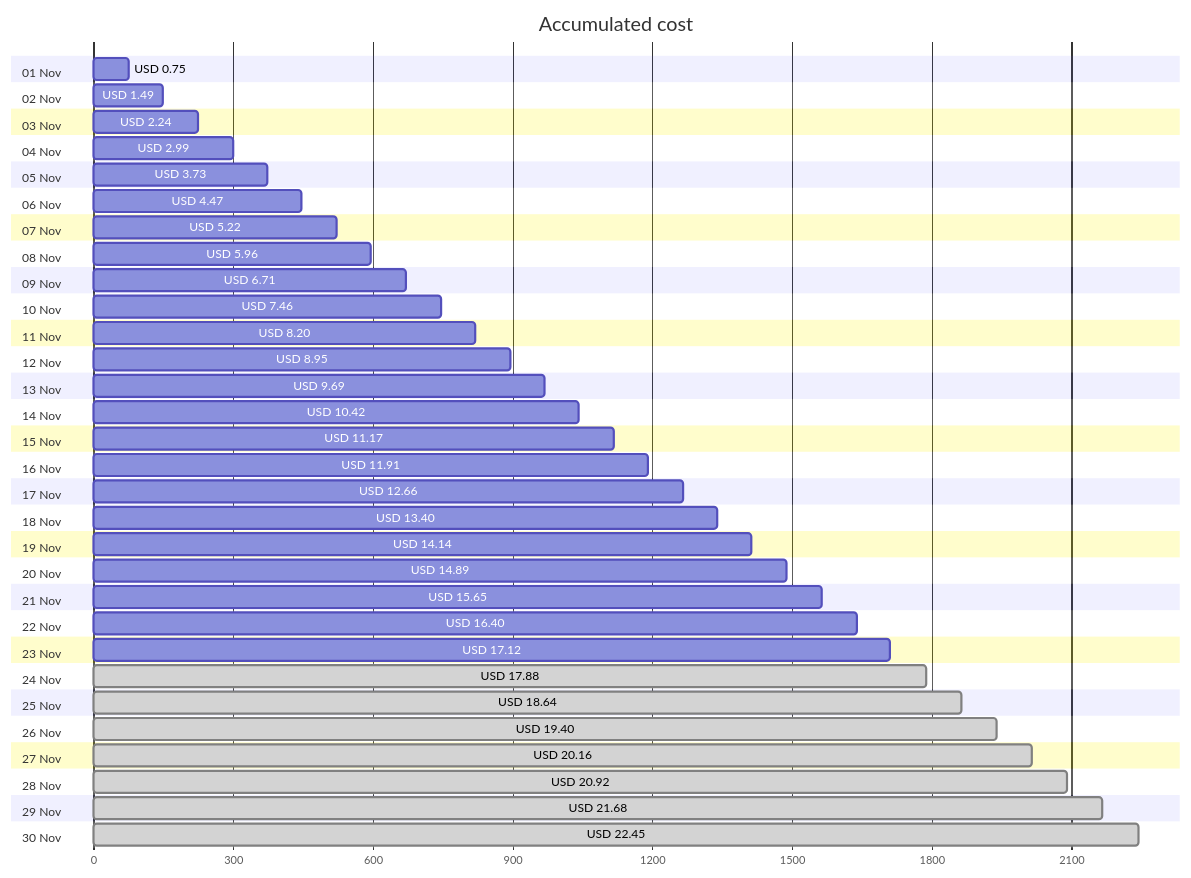
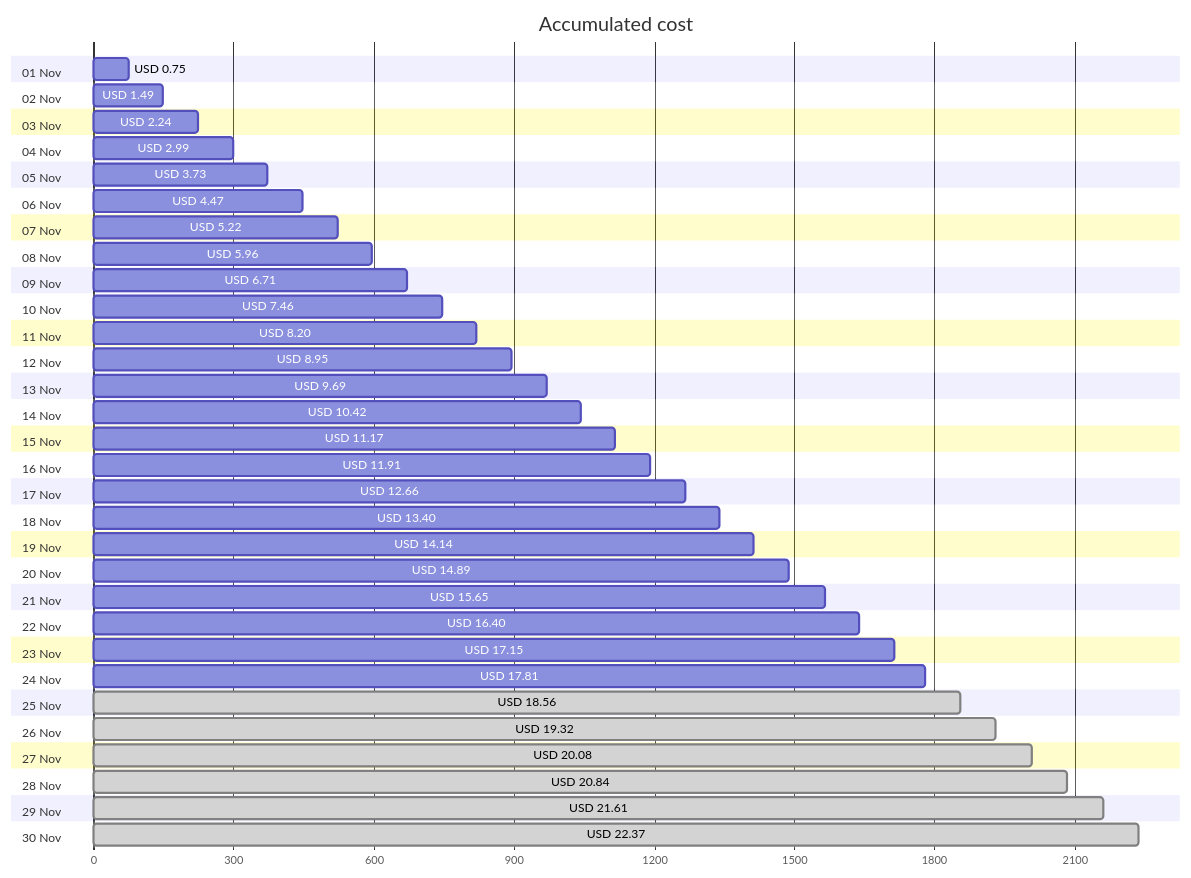
The first of 4 diagrams in cost-reports/personal-network/backup-server-data-disk.md (jpfulton/azure-personal-reports), drawn with Mermaid before and after one commit. The commit also changed other lines of this file and 8 other files, not shown here.

````diff
--- a/cost-reports/personal-network/backup-server-data-disk.md
+++ b/cost-reports/personal-network/backup-server-data-disk.md
@@ -20,66 +20,66 @@
 ```mermaid
 gantt
    title Accumulated cost
    dateFormat  X
    axisFormat %s
    section 01 Nov
    USD 0.75 :0, 75
    section 02 Nov
    USD 1.49 :0, 149
    section 03 Nov
    USD 2.24 :0, 224
    section 04 Nov
    USD 2.99 :0, 299
    section 05 Nov
    USD 3.73 :0, 373
    section 06 Nov
    USD 4.47 :0, 447
    section 07 Nov
    USD 5.22 :0, 522
    section 08 Nov
    USD 5.96 :0, 596
    section 09 Nov
    USD 6.71 :0, 671
    section 10 Nov
    USD 7.46 :0, 746
    section 11 Nov
    USD 8.20 :0, 820
    section 12 Nov
    USD 8.95 :0, 895
    section 13 Nov
    USD 9.69 :0, 969
    section 14 Nov
    USD 10.42 :0, 1042
    section 15 Nov
    USD 11.17 :0, 1117
    section 16 Nov
    USD 11.91 :0, 1191
    section 17 Nov
    USD 12.66 :0, 1266
    section 18 Nov
    USD 13.40 :0, 1340
    section 19 Nov
    USD 14.14 :0, 1414
    section 20 Nov
    USD 14.89 :0, 1489
    section 21 Nov
    USD 15.65 :0, 1565
    section 22 Nov
    USD 16.40 :0, 1640
    section 23 Nov
-   USD 17.12 :0, 1712
+   USD 17.15 :0, 1715
    section 24 Nov
-   USD 17.88 : done, 0, 1788
+   USD 17.81 :0, 1781
    section 25 Nov
-   USD 18.64 : done, 0, 1864
+   USD 18.56 : done, 0, 1856
    section 26 Nov
-   USD 19.40 : done, 0, 1940
+   USD 19.32 : done, 0, 1932
    section 27 Nov
-   USD 20.16 : done, 0, 2016
+   USD 20.08 : done, 0, 2008
    section 28 Nov
-   USD 20.92 : done, 0, 2092
+   USD 20.84 : done, 0, 2084
    section 29 Nov
-   USD 21.68 : done, 0, 2168
+   USD 21.61 : done, 0, 2161
    section 30 Nov
-   USD 22.45 : done, 0, 2245
+   USD 22.37 : done, 0, 2237
 ```
````
